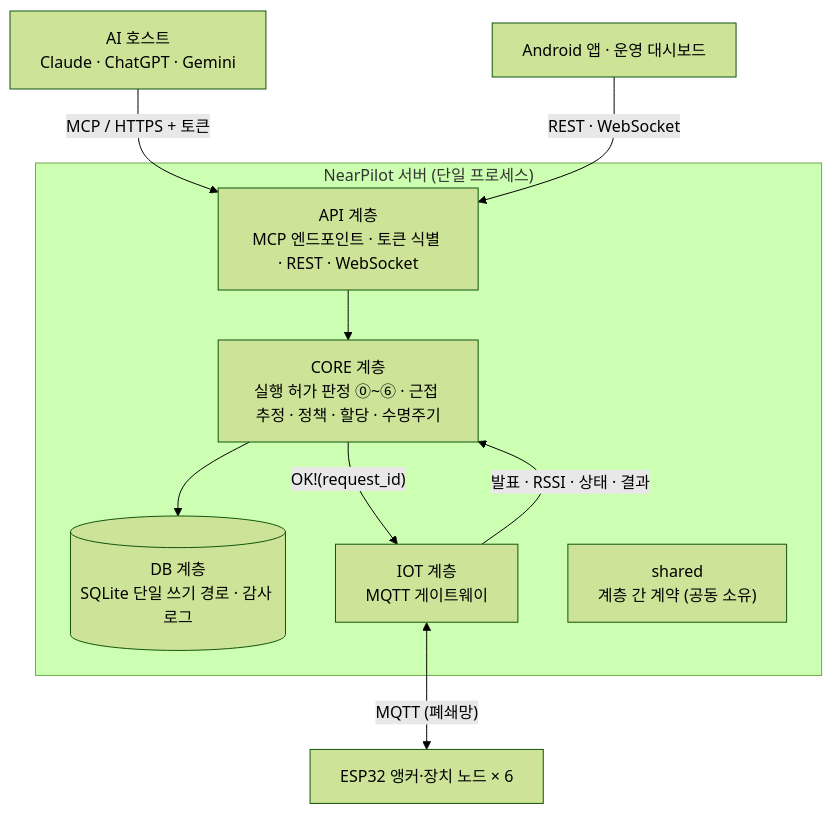
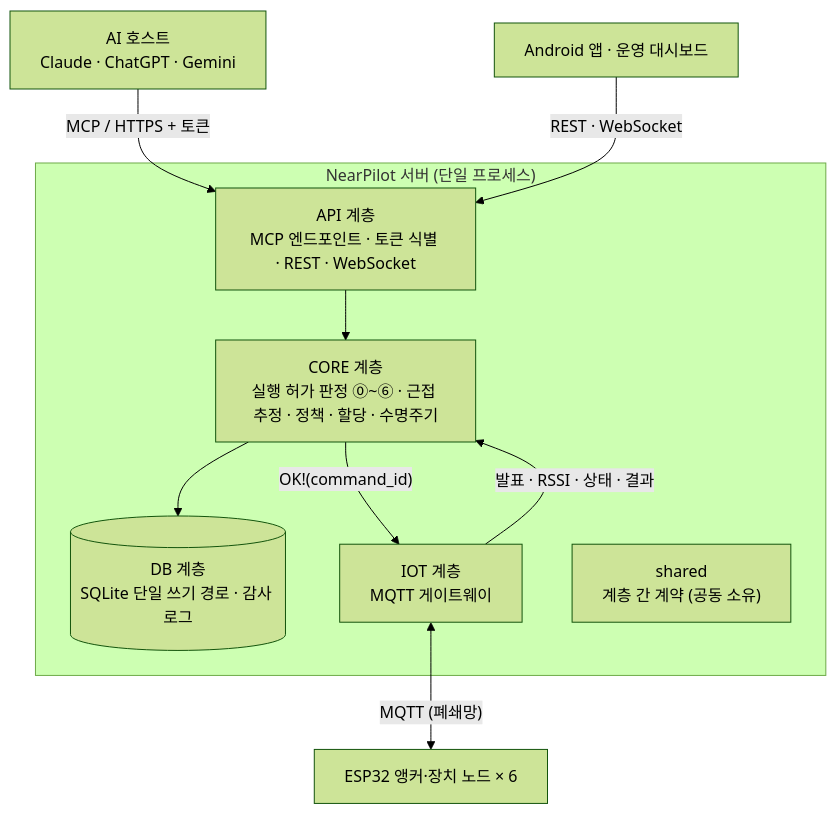
The first of 2 diagrams in docs/architecture.md (capstone-itda/nearpilot-server), drawn with Mermaid (forest theme) before and after one commit. The commit also changed other lines of this file and 2 other files, not shown here.

````diff
--- a/docs/architecture.md
+++ b/docs/architecture.md
@@ -9,22 +9,22 @@
 ```mermaid
 flowchart TB
     Host["AI 호스트<br/>Claude · ChatGPT · Gemini"]
     App["Android 앱 · 운영 대시보드"]
     Node["ESP32 앵커·장치 노드 × 6"]
 
     subgraph Server["NearPilot 서버 (단일 프로세스)"]
         API["API 계층<br/>MCP 엔드포인트 · 토큰 식별 · REST · WebSocket"]
         CORE["CORE 계층<br/>실행 허가 판정 ⓪~⑥ · 근접 추정 · 정책 · 할당 · 수명주기"]
         DB[("DB 계층<br/>SQLite 단일 쓰기 경로 · 감사 로그")]
         IOT["IOT 계층<br/>MQTT 게이트웨이"]
         SHARED["shared<br/>계층 간 계약 (공동 소유)"]
     end
 
     Host -- "MCP / HTTPS + 토큰" --> API
     App -- "REST · WebSocket" --> API
     API --> CORE
     CORE --> DB
-    CORE -- "OK!(request_id)" --> IOT
+    CORE -- "OK!(command_id)" --> IOT
     IOT -- "발표 · RSSI · 상태 · 결과" --> CORE
     IOT <-- "MQTT (폐쇄망)" --> Node
 ```
````
